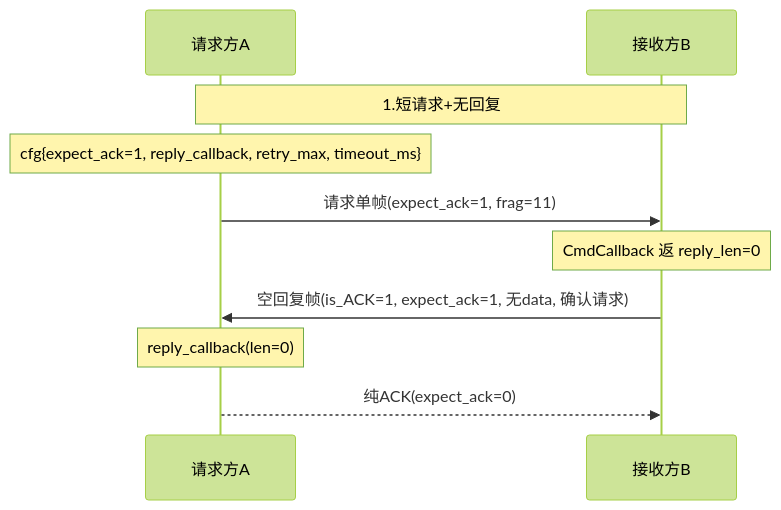
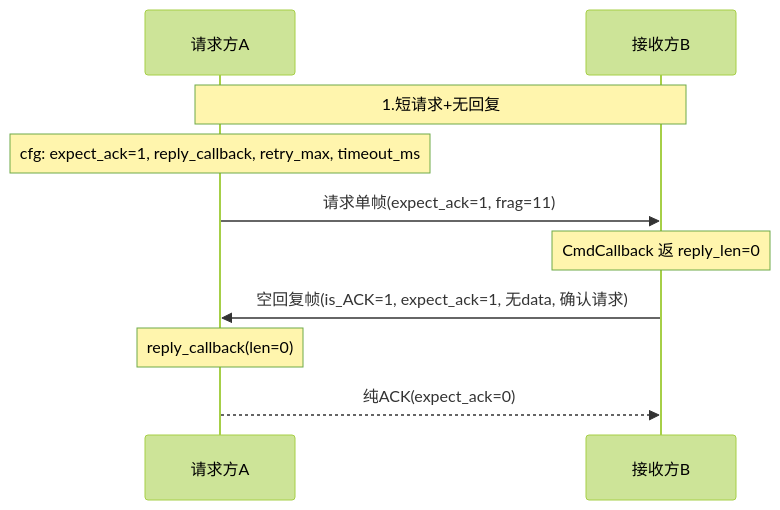
Before and after one commit to Siaiai/ObsidianNote: the first of 14 diagrams in 工作/项目/代码/260401S3分拣面板-SIA-R9000P.md, drawn with Mermaid (forest theme). The commit also changed other lines of this file and 1 other file, not shown here.

````diff
--- a/工作/项目/代码/260401S3分拣面板-SIA-R9000P.md
+++ b/工作/项目/代码/260401S3分拣面板-SIA-R9000P.md
@@ -97,12 +97,12 @@
 ```mermaid
 sequenceDiagram
     participant A as 请求方A
     participant B as 接收方B
     Note over A,B: 1.短请求+无回复
-    Note over A: cfg{expect_ack=1, reply_callback, retry_max, timeout_ms}
+    Note over A: cfg: expect_ack=1, reply_callback, retry_max, timeout_ms
     A->>B: 请求单帧(expect_ack=1, frag=11)
     Note over B: CmdCallback 返 reply_len=0
     B->>A: 空回复帧(is_ACK=1, expect_ack=1, 无data, 确认请求)
     Note over A: reply_callback(len=0)
     A-->>B: 纯ACK(expect_ack=0)
 ```
````
